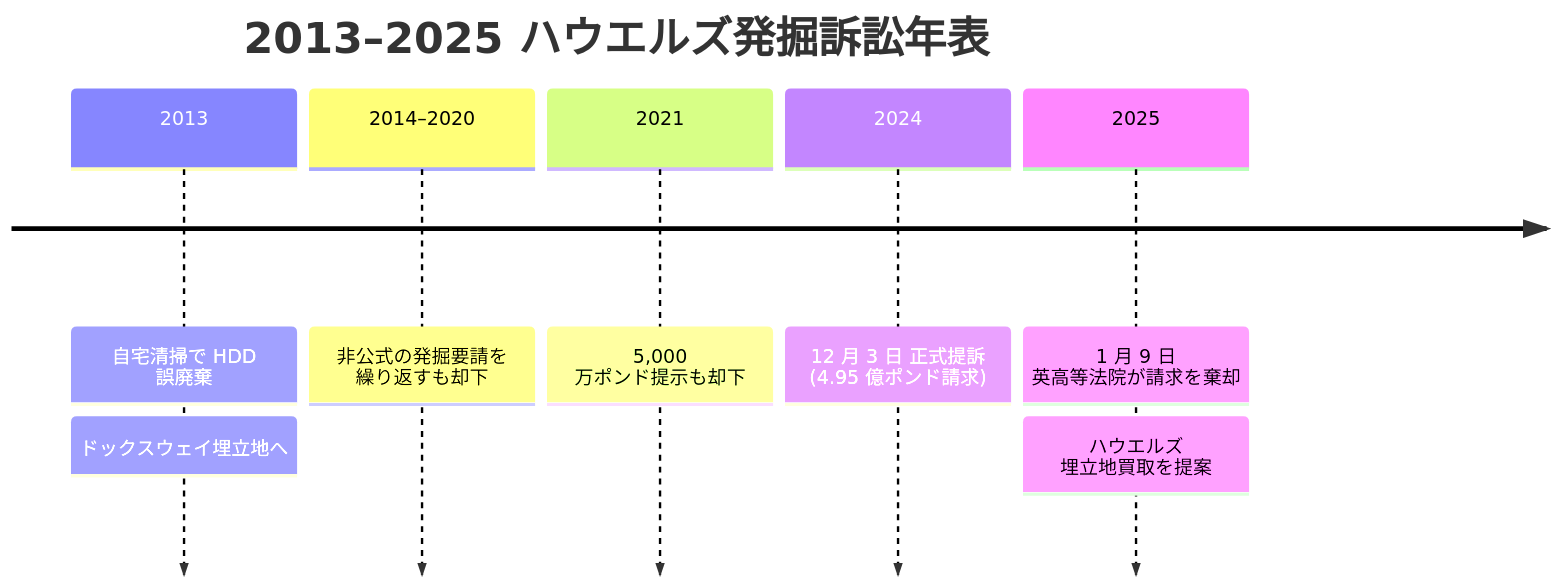
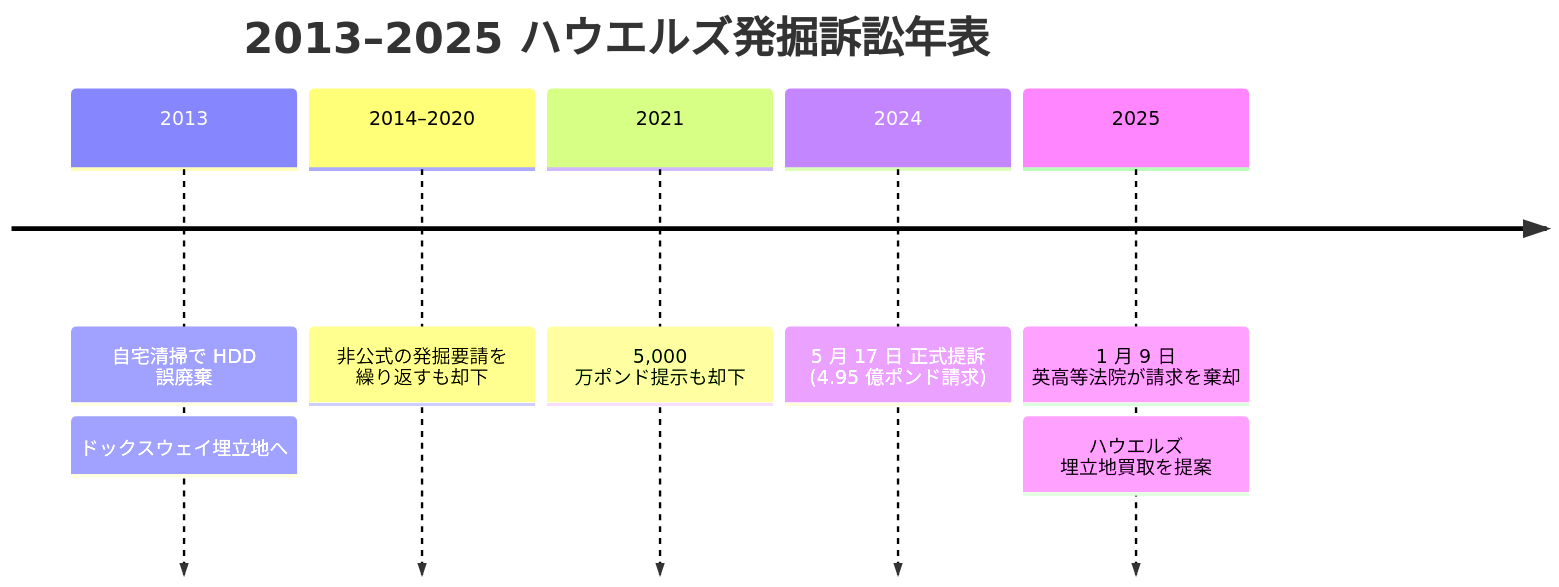
Before and after one commit to cypher256/BitcoinArchive: the diagram in src/data/translations/ja/aftermath/2024-12-03-james-howells-7500-btc-newport-landfill.md, drawn with Mermaid. The commit also changed other lines of this file and 66 other files, not shown here.

````diff
--- a/src/data/translations/ja/aftermath/2024-12-03-james-howells-7500-btc-newport-landfill.md
+++ b/src/data/translations/ja/aftermath/2024-12-03-james-howells-7500-btc-newport-landfill.md
@@ -37,11 +37,11 @@
 ```mermaid
 timeline
     title 2013–2025 ハウエルズ発掘訴訟年表
     2013 : 自宅清掃で HDD 誤廃棄
          : ドックスウェイ埋立地へ
     2014–2020 : 非公式の発掘要請を 繰り返すも却下
     2021 : 5,000 万ポンド提示も却下
-    2024 : 12 月 3 日 正式提訴 (4.95 億ポンド請求)
+    2024 : 5 月 17 日 正式提訴 (4.95 億ポンド請求)
     2025 : 1 月 9 日 英高等法院が請求を棄却
          : ハウエルズ 埋立地買取を提案
 ```
````
